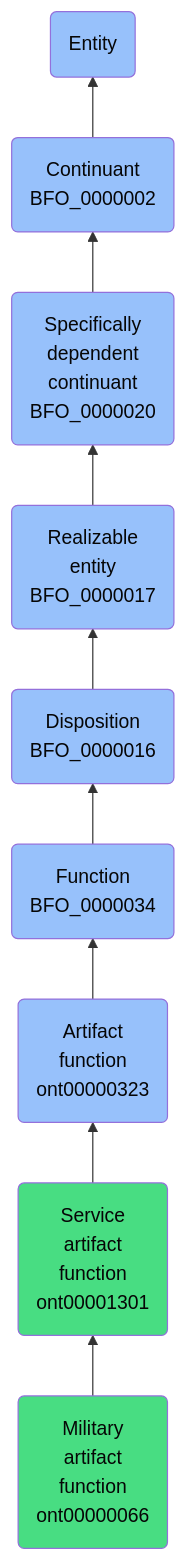
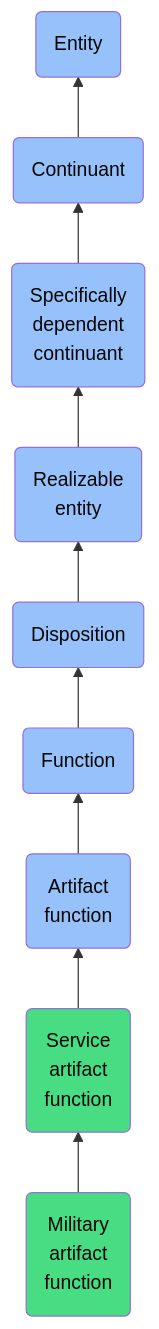
The diagram in docs/ontology/reference/model/Entity/Continuant/Specifically dependent continuant/Realizable entity/Disposition/Function/Artifact function/Service artifact function/Military artifact function/Military artifact function.md (jupyter-naas/abi), drawn with Mermaid before and after one commit. The commit also changed other lines of this file and 1430 other files, not shown here.

````diff
--- a/docs/ontology/reference/model/Entity/Continuant/Specifically dependent continuant/Realizable entity/Disposition/Function/Artifact function/Service artifact function/Military artifact function/Military artifact function.md
+++ b/docs/ontology/reference/model/Entity/Continuant/Specifically dependent continuant/Realizable entity/Disposition/Function/Artifact function/Service artifact function/Military artifact function/Military artifact function.md
@@ -24,16 +24,16 @@
 ```mermaid
 graph BT
-    ont00000066(Military<br>artifact<br>function<br>ont00000066):::ABI-->ont00001301
-    ont00001301(Service<br>artifact<br>function<br>ont00001301):::ABI-->ont00000323
-    ont00000323(Artifact<br>function<br>ont00000323):::BFO-->BFO_0000034
-    BFO_0000034(Function<br>BFO_0000034):::BFO-->BFO_0000016
-    BFO_0000016(Disposition<br>BFO_0000016):::BFO-->BFO_0000017
-    BFO_0000017(Realizable<br>entity<br>BFO_0000017):::BFO-->BFO_0000020
-    BFO_0000020(Specifically<br>dependent<br>continuant<br>BFO_0000020):::BFO-->BFO_0000002
-    BFO_0000002(Continuant<br>BFO_0000002):::BFO-->BFO_0000001
+    ont00000066(Military<br>artifact<br>function):::ABI-->ont00001301
+    ont00001301(Service<br>artifact<br>function):::ABI-->ont00000323
+    ont00000323(Artifact<br>function):::BFO-->BFO_0000034
+    BFO_0000034(Function):::BFO-->BFO_0000016
+    BFO_0000016(Disposition):::BFO-->BFO_0000017
+    BFO_0000017(Realizable<br>entity):::BFO-->BFO_0000020
+    BFO_0000020(Specifically<br>dependent<br>continuant):::BFO-->BFO_0000002
+    BFO_0000002(Continuant):::BFO-->BFO_0000001
     BFO_0000001(Entity):::BFO
     
     classDef BFO fill:#97c1fb,color:#060606
     classDef CCO fill:#e4c51e,color:#060606
     classDef ABI fill:#48DD82,color:#060606
 ```
````
